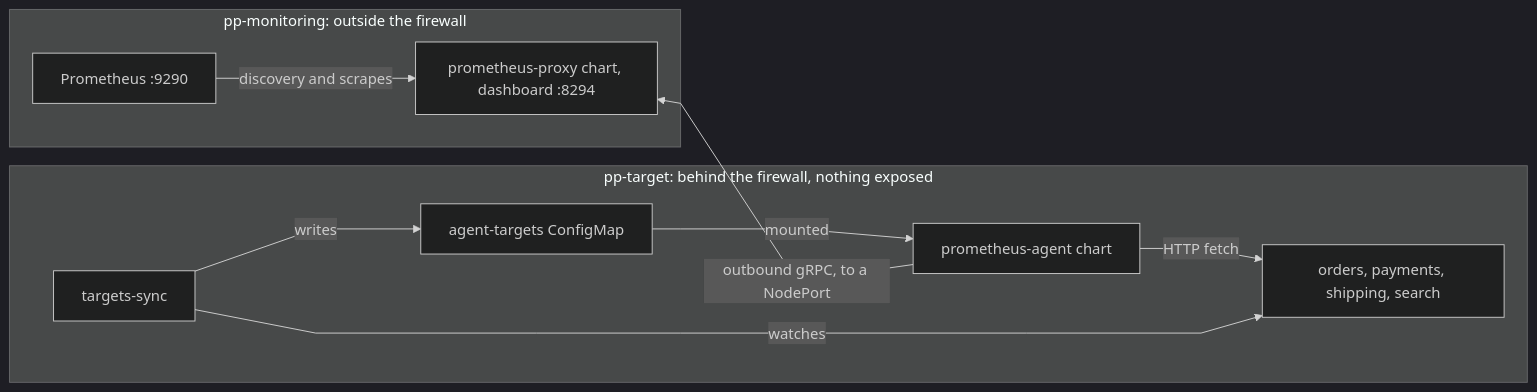
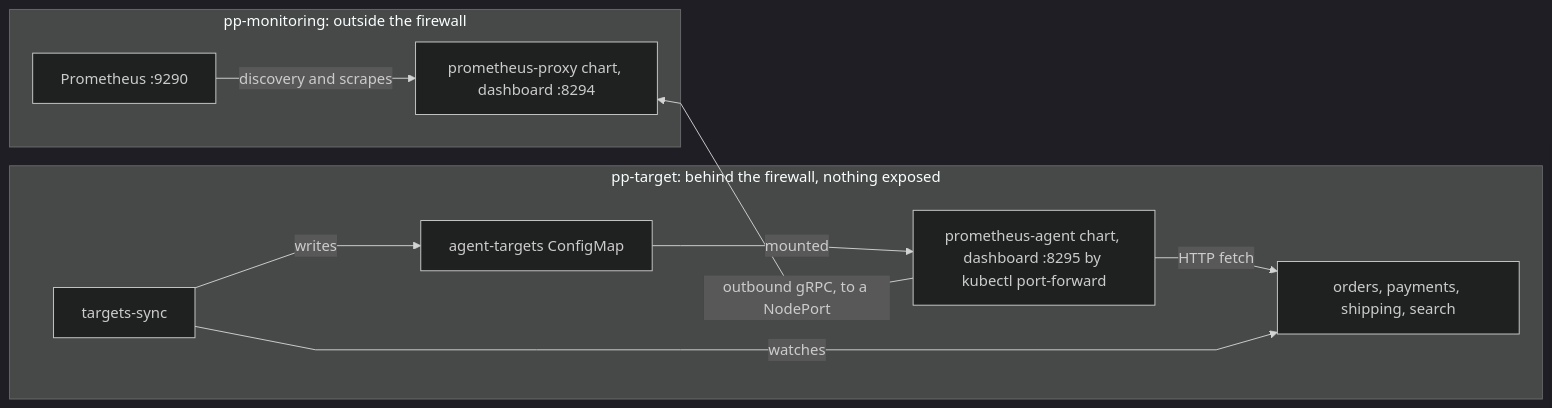
Before and after one commit to pambrose/prometheus-proxy: the diagram in website/prometheus-proxy/docs/kubernetes-demo.md, drawn with Mermaid (dark theme). The commit also changed other lines of this file and 112 other files, not shown here.

First line of the commit message:
Add an Activity view to the agent's dashboard, its Helm values, a theme button, and the agent's side to every demo (#483)

````diff
--- a/website/prometheus-proxy/docs/kubernetes-demo.md
+++ b/website/prometheus-proxy/docs/kubernetes-demo.md
@@ -15,25 +16,25 @@
 ``` mermaid
 %%{init: {'flowchart': {'curve': 'linear'}}}%%
 graph LR
   P[Prometheus :9290] -->|discovery and scrapes| Proxy[prometheus-proxy chart, dashboard :8294]
   %% The agent connects out, across Docker's kind network, so its arrow points back. The invisible link keeps the
   %% target cluster to the right of the monitoring one.
   Proxy ~~~ Agent
-  Agent[prometheus-agent chart] -->|outbound gRPC, to a NodePort| Proxy
+  Agent[prometheus-agent chart, dashboard :8295 by kubectl port-forward] -->|outbound gRPC, to a NodePort| Proxy
   Agent -->|HTTP fetch| Svc[orders, payments, shipping, search]
   Sync[targets-sync] -->|watches| Svc
   Sync -->|writes| CM[agent-targets ConfigMap]
   CM -->|mounted| Agent
 
   subgraph pp-monitoring [pp-monitoring: outside the firewall]
     P
     Proxy
   end
 
   subgraph pp-target [pp-target: behind the firewall, nothing exposed]
     Agent
     Sync
     CM
     Svc
   end
 ```
````
